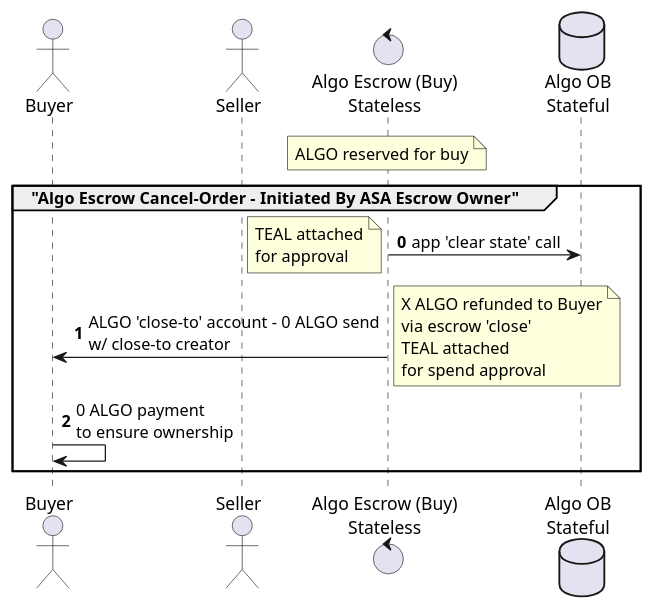
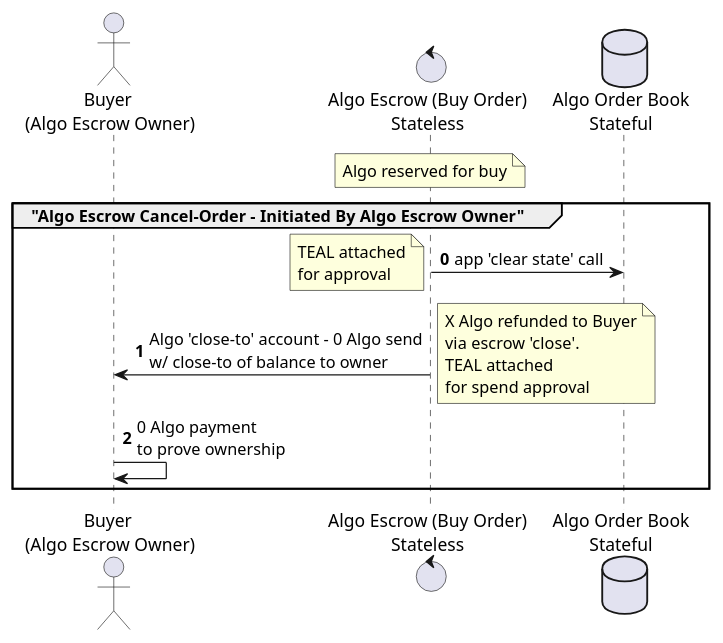
One commit to algodex/algodex-architecture changed the diagram in diagrams/algo_escrow_cancel_order.puml. Above: the diagram before and after it, drawn with PlantUML. The commit also changed 18 other files, not shown here.

Commit message:
Add architecture updates

```diff
--- a/diagrams/algo_escrow_cancel_order.puml
+++ b/diagrams/algo_escrow_cancel_order.puml
@@ -1,17 +1,16 @@
 @startuml
-actor Buyer
-actor Seller
-control "Algo Escrow (Buy)\nStateless" as AlgoEscrow
-database "Algo OB\nStateful" as AlgoOB
-note over AlgoEscrow: ALGO reserved for buy
+actor "Buyer \n(Algo Escrow Owner)" as Buyer
+control "Algo Escrow (Buy Order)\nStateless" as AlgoEscrow
+database "Algo Order Book\nStateful" as AlgoOB
+note over AlgoEscrow: Algo reserved for buy
 
-group "Algo Escrow Cancel-Order - Initiated By ASA Escrow Owner"
+group "Algo Escrow Cancel-Order - Initiated By Algo Escrow Owner"
 autonumber 0
 AlgoEscrow -> AlgoOB: app 'clear state' call
 note left: TEAL attached\nfor approval
-AlgoEscrow -> Buyer: ALGO 'close-to' account - 0 ALGO send\nw/ close-to creator
-note right: X ALGO refunded to Buyer\nvia escrow 'close'\nTEAL attached\nfor spend approval
-Buyer -> Buyer: 0 ALGO payment\nto ensure ownership
+AlgoEscrow -> Buyer: Algo 'close-to' account - 0 Algo send\nw/ close-to of balance to owner
+note right: X Algo refunded to Buyer\nvia escrow 'close'.\nTEAL attached\nfor spend approval
+Buyer -> Buyer: 0 Algo payment\nto prove ownership
 end
 
 @enduml
```
